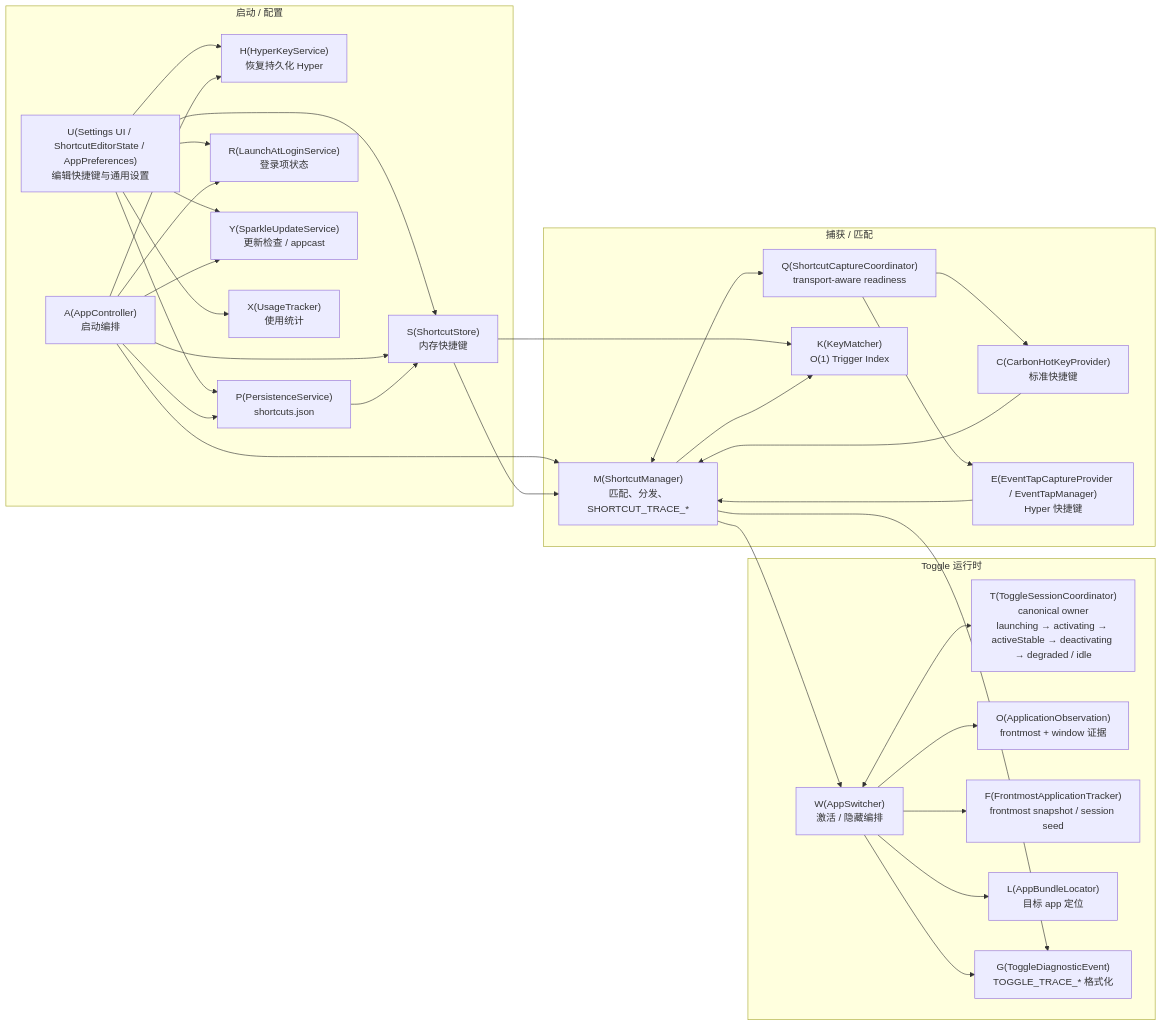
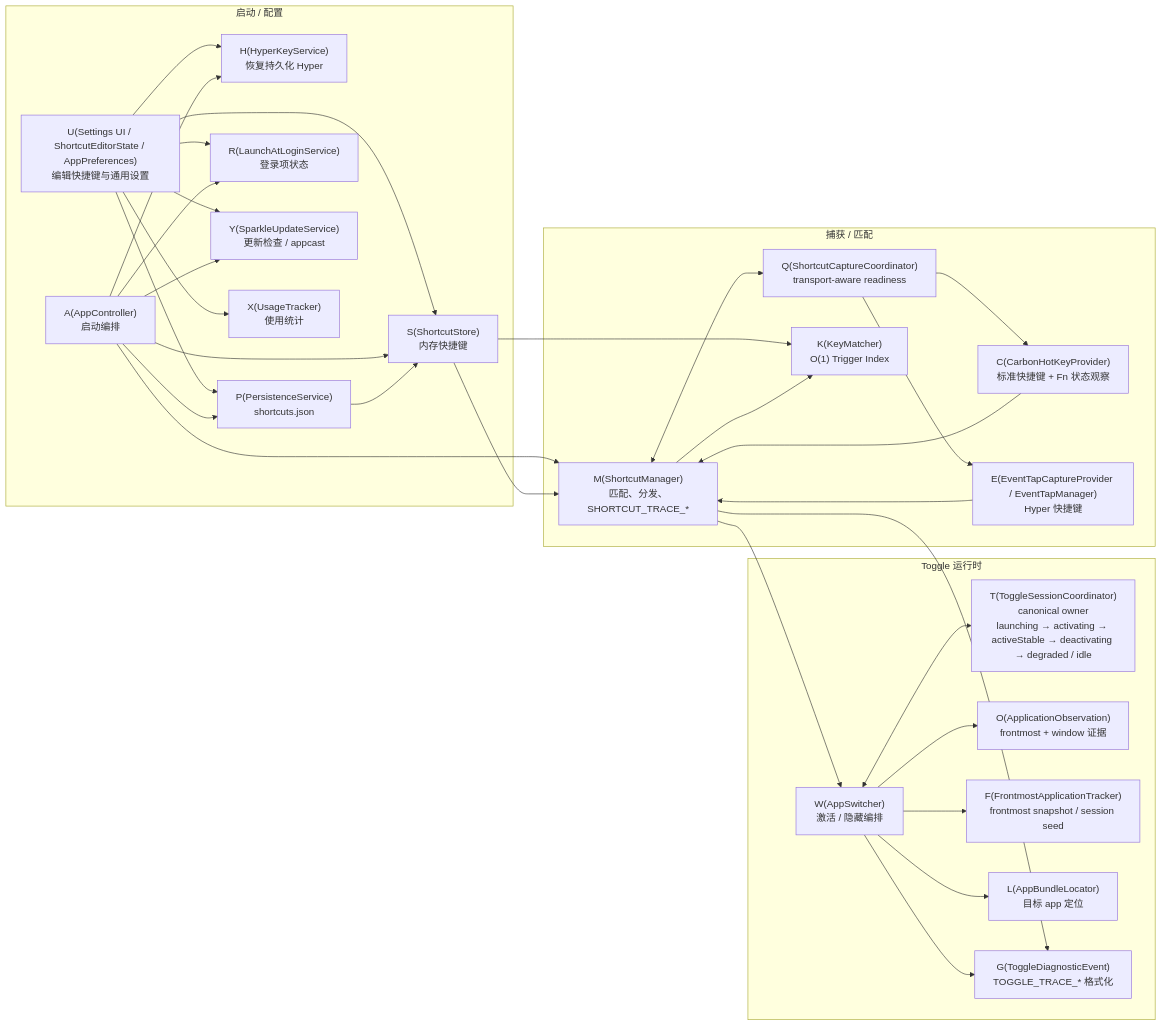
Before and after one commit to xrf9268-hue/Wink: the diagram in docs/architecture.md, drawn with Mermaid. The commit also changed other lines of this file and 15 other files, not shown here.

````diff
--- a/docs/architecture.md
+++ b/docs/architecture.md
@@ -6,64 +6,64 @@
 ```mermaid
 flowchart LR
   subgraph B["启动 / 配置"]
     A["A(AppController)\n启动编排"]
     H["H(HyperKeyService)\n恢复持久化 Hyper"]
     P["P(PersistenceService)\nshortcuts.json"]
     S["S(ShortcutStore)\n内存快捷键"]
     U["U(Settings UI / ShortcutEditorState / AppPreferences)\n编辑快捷键与通用设置"]
     R["R(LaunchAtLoginService)\n登录项状态"]
     Y["Y(SparkleUpdateService)\n更新检查 / appcast"]
     X["X(UsageTracker)\n使用统计"]
   end
 
   subgraph C["捕获 / 匹配"]
     M["M(ShortcutManager)\n匹配、分发、SHORTCUT_TRACE_*"]
     Q["Q(ShortcutCaptureCoordinator)\ntransport-aware readiness"]
-    C1["C(CarbonHotKeyProvider)\n标准快捷键"]
+    C1["C(CarbonHotKeyProvider)\n标准快捷键 + Fn 状态观察"]
     E["E(EventTapCaptureProvider / EventTapManager)\nHyper 快捷键"]
     K["K(KeyMatcher)\nO(1) Trigger Index"]
   end
 
   subgraph T["Toggle 运行时"]
     W["W(AppSwitcher)\n激活 / 隐藏编排"]
     T1["T(ToggleSessionCoordinator)\ncanonical owner\nlaunching → activating → activeStable → deactivating → degraded / idle"]
     O["O(ApplicationObservation)\nfrontmost + window 证据"]
     F["F(FrontmostApplicationTracker)\nfrontmost snapshot / session seed"]
     L["L(AppBundleLocator)\n目标 app 定位"]
     G["G(ToggleDiagnosticEvent)\nTOGGLE_TRACE_* 格式化"]
   end
 
   U --> P
   U --> S
   U --> H
   U --> R
   U --> Y
   U --> X
 
   A --> P
   A --> S
   A --> H
   A --> M
   A --> R
   A --> Y
 
   P --> S
   S --> M
   S --> K
   M --> K
 
   M <--> Q
   Q --> C1
   Q --> E
   C1 --> M
   E --> M
 
   M --> W
   W <--> T1
   W --> O
   W --> F
   W --> L
 
   M --> G
   W --> G
 ```
````
